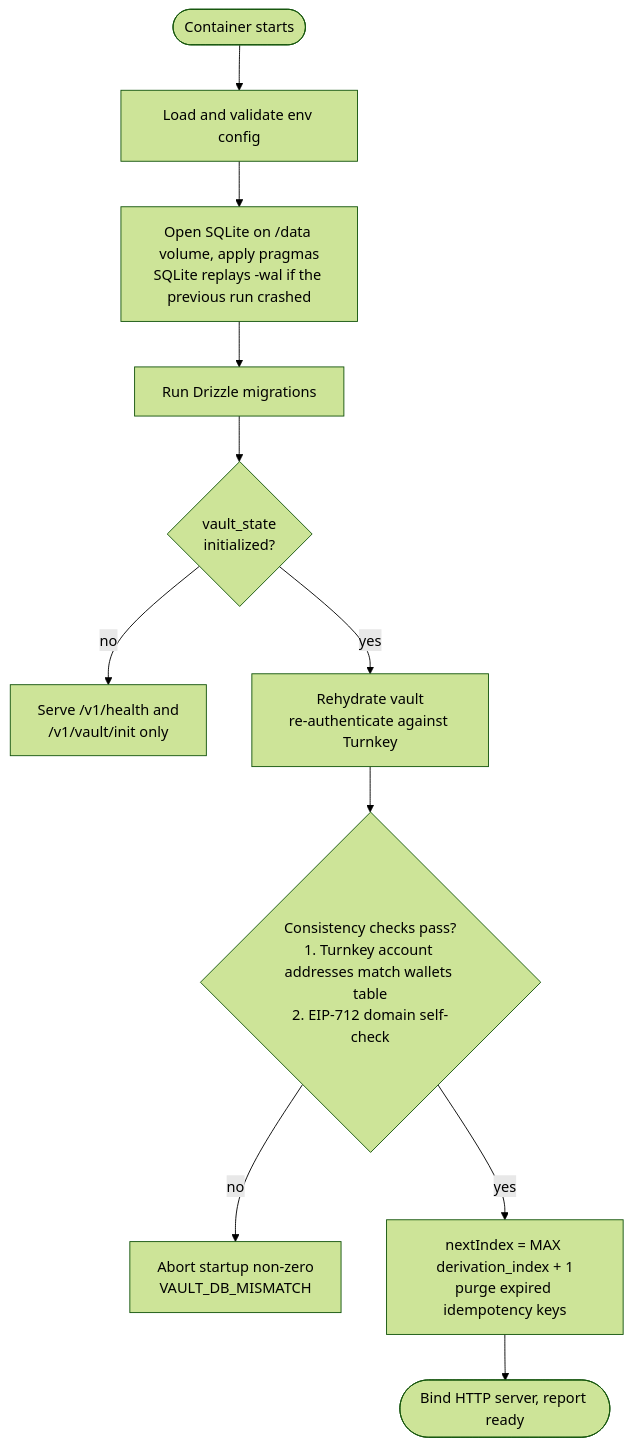
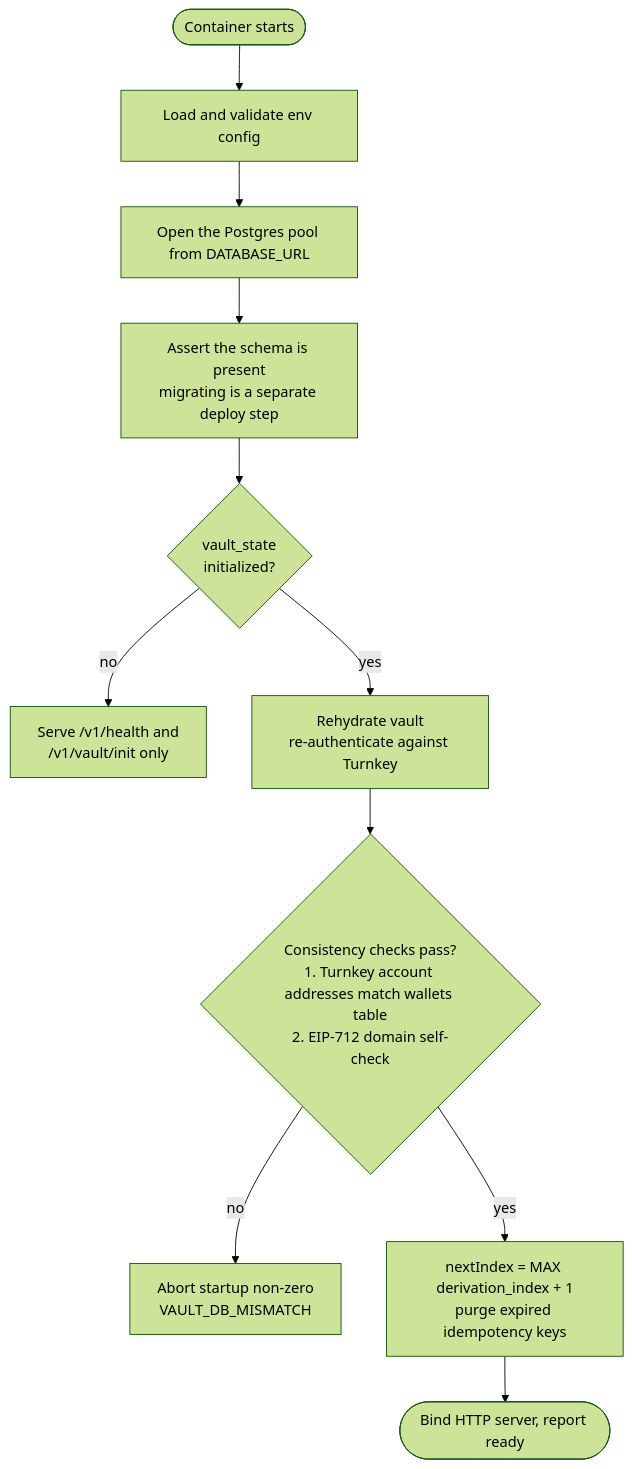
One commit to In-a-bit/dpm-wallet changed the diagram in docs/images/05-cold-start-recovery.mmd. Above: the diagram before and after it, drawn with Mermaid (forest theme). The commit also changed 61 other files, not shown here.

Commit message:
migrating from sqlite to postgress and from drizzle-orm to typeorm

```diff
--- a/docs/images/05-cold-start-recovery.mmd
+++ b/docs/images/05-cold-start-recovery.mmd
@@ -1,13 +1,13 @@
 flowchart TB
   start([Container starts]) --> cfg[Load and validate env config]
-  cfg --> open[Open SQLite on /data volume, apply pragmas<br/>SQLite replays -wal if the previous run crashed]
-  open --> mig[Run Drizzle migrations]
+  cfg --> open[Open the Postgres pool from DATABASE_URL]
+  open --> mig[Assert the schema is present<br/>migrating is a separate deploy step]
   mig --> state{vault_state<br/>initialized?}
 
   state -->|no| waitInit[Serve /v1/health and<br/>/v1/vault/init only]
   state -->|yes| hydrate[Rehydrate vault<br/>re-authenticate against Turnkey]
 
   hydrate --> checks{"Consistency checks pass?<br/>1. Turnkey account addresses match wallets table<br/>2. EIP-712 domain self-check"}
   checks -->|no| fail[Abort startup non-zero<br/>VAULT_DB_MISMATCH]
   checks -->|yes| idx[nextIndex = MAX derivation_index + 1<br/>purge expired idempotency keys]
   idx --> bind([Bind HTTP server, report ready])
```
